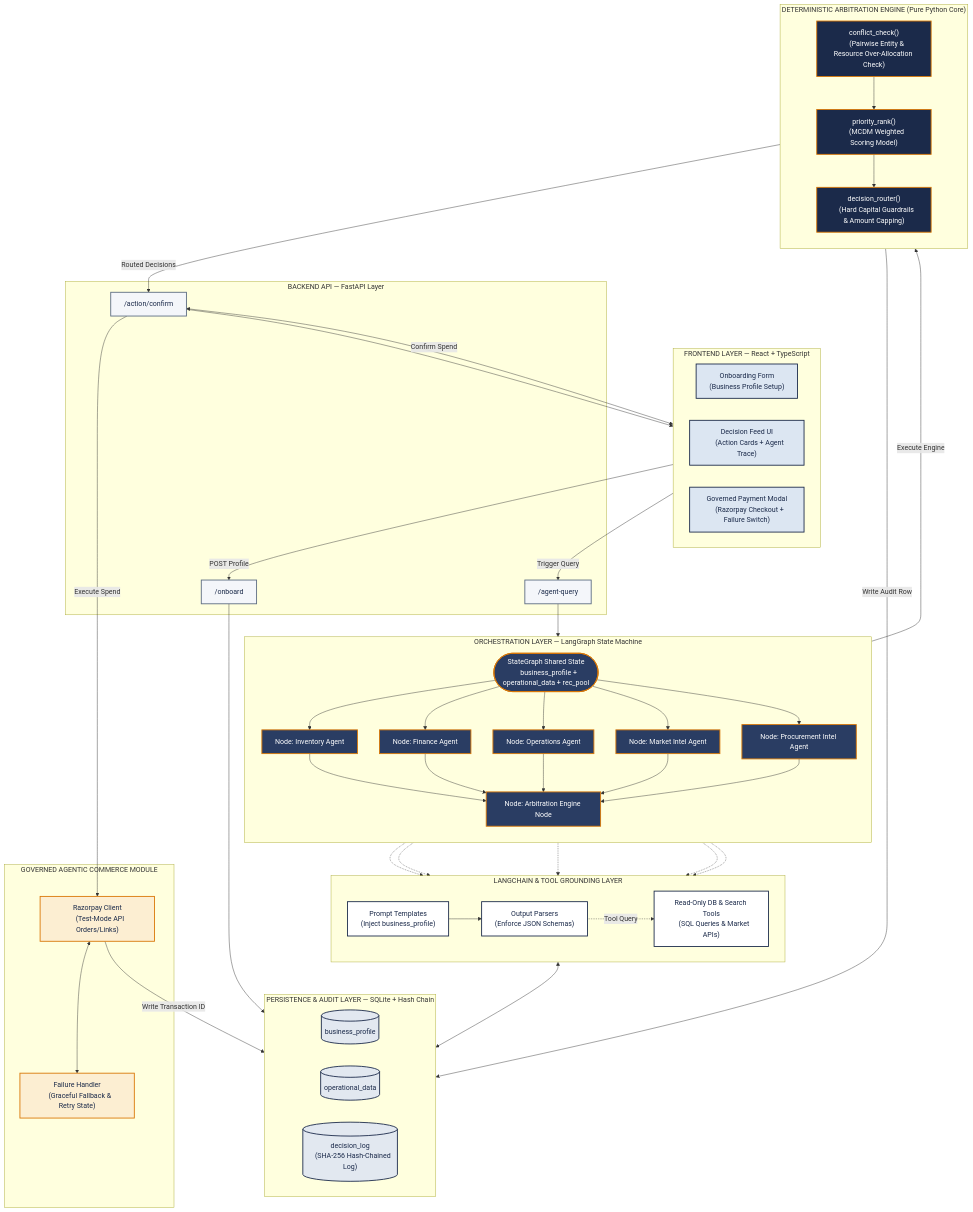
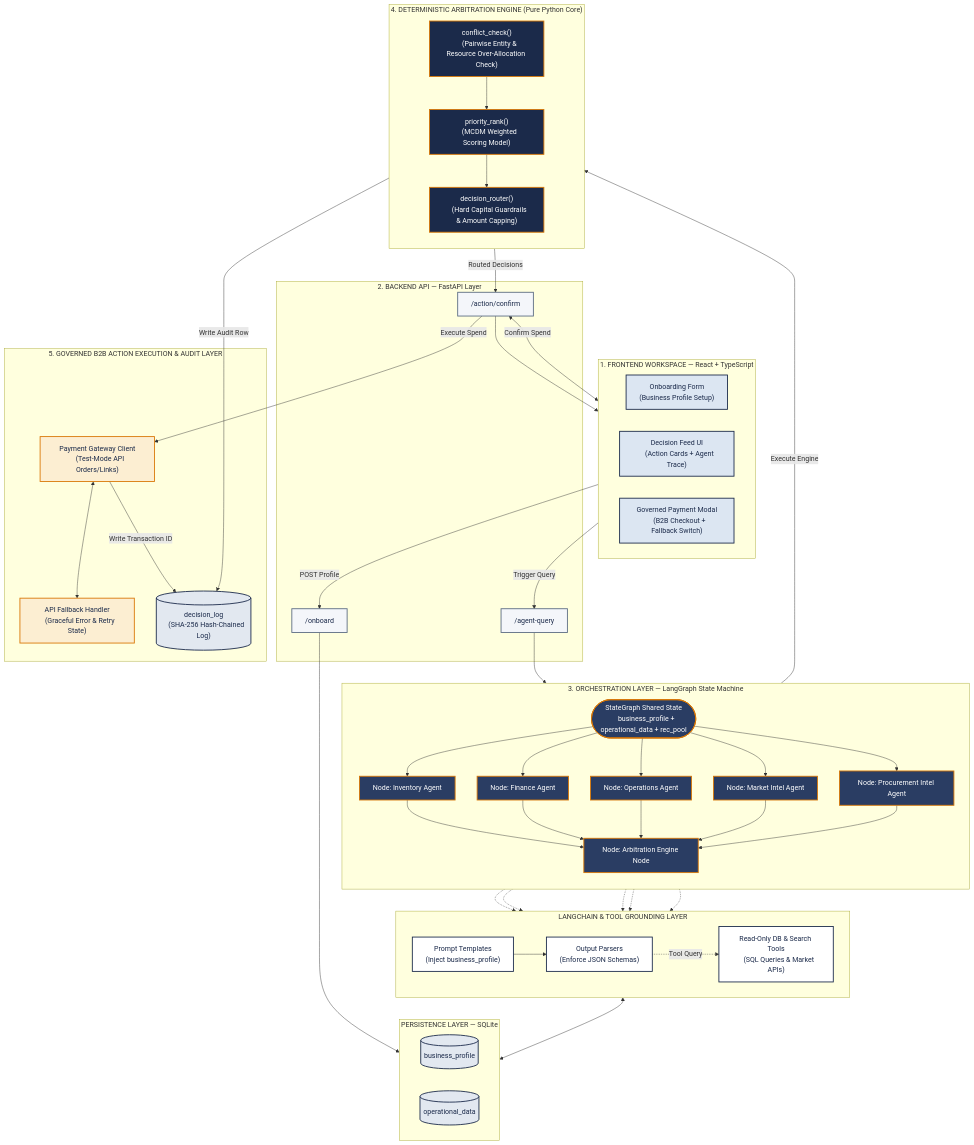
The diagram in docs/master_project_blueprint.md (aryan-arvind/Capstone-Project-SEM7), drawn with Mermaid before and after one commit. The commit also changed other lines of this file and 39 other files, not shown here.

````diff
--- a/docs/master_project_blueprint.md
+++ b/docs/master_project_blueprint.md
@@ -71,23 +71,23 @@
 ```mermaid
 flowchart TB
 
-subgraph FE["FRONTEND LAYER — React + TypeScript"]
+subgraph FE["1. FRONTEND WORKSPACE — React + TypeScript"]
     direction LR
     F1["Onboarding Form
     (Business Profile Setup)"]
     F2["Decision Feed UI
     (Action Cards + Agent Trace)"]
     F3["Governed Payment Modal
-    (Razorpay Checkout + Failure Switch)"]
+    (B2B Checkout + Fallback Switch)"]
 end
 
-subgraph API["BACKEND API — FastAPI Layer"]
+subgraph API["2. BACKEND API — FastAPI Layer"]
     A1["/onboard"]
     A2["/agent-query"]
     A3["/action/confirm"]
 end
 
-subgraph LG["ORCHESTRATION LAYER — LangGraph State Machine"]
+subgraph LG["3. ORCHESTRATION LAYER — LangGraph State Machine"]
     direction TB
     LG1(["StateGraph Shared State
     business_profile + operational_data + rec_pool"])
@@ -113,7 +113,7 @@
     (SQL Queries & Market APIs)"]
 end
 
-subgraph ARBE["DETERMINISTIC ARBITRATION ENGINE (Pure Python Core)"]
+subgraph ARBE["4. DETERMINISTIC ARBITRATION ENGINE (Pure Python Core)"]
     direction TB
     R1["conflict_check()
     (Pairwise Entity & Resource Over-Allocation Check)"]
@@ -125,21 +125,21 @@
     R1 --> R2 --> R3
 end
 
-subgraph PAY["GOVERNED AGENTIC COMMERCE MODULE"]
-    P1["Razorpay Client
+subgraph PAY["5. GOVERNED B2B ACTION EXECUTION & AUDIT LAYER"]
+    P1["Payment Gateway Client
     (Test-Mode API Orders/Links)"]
-    P2["Failure Handler
-    (Graceful Fallback & Retry State)"]
+    P2["API Fallback Handler
+    (Graceful Error & Retry State)"]
+    D3[("decision_log
+    (SHA-256 Hash-Chained Log)")]
     
     P1 <--> P2
 end
 
-subgraph DB["PERSISTENCE & AUDIT LAYER — SQLite + Hash Chain"]
+subgraph DB["PERSISTENCE LAYER — SQLite"]
     direction LR
     D1[("business_profile")]
     D2[("operational_data")]
-    D3[("decision_log
-    (SHA-256 Hash-Chained Log)")]
 end
 
 %% Connections
````
